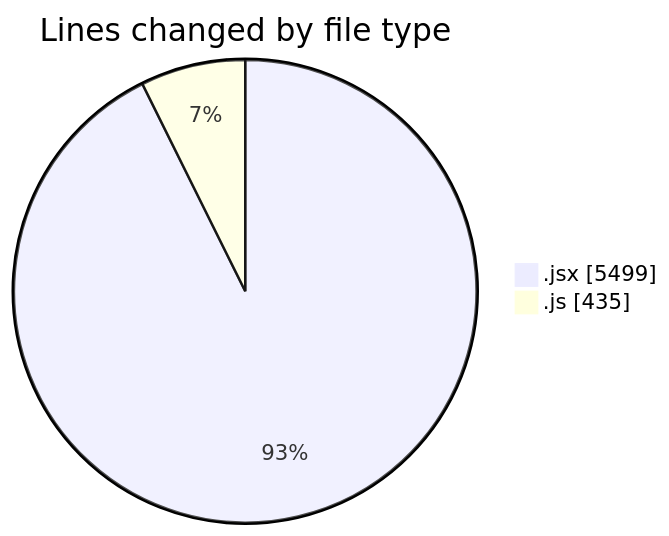
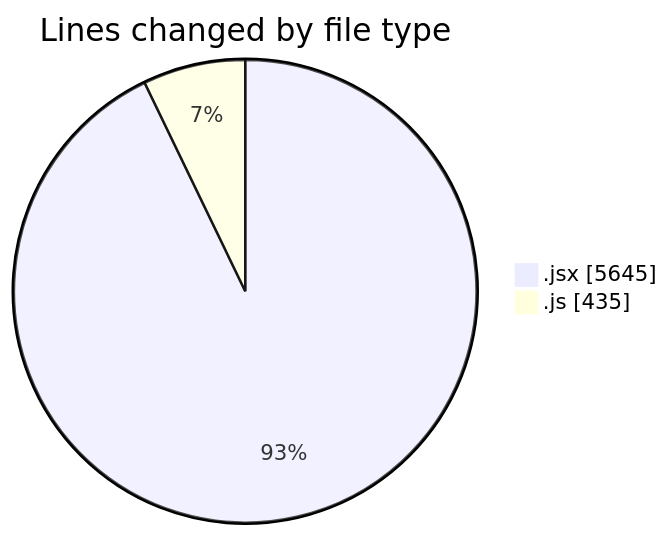
One commit to nxtqubesakshisongat/code-tracking changed the first of 2 diagrams in 2025-12-11/nxtqube_webapp/README.md. Above: the diagram before and after it, drawn with Mermaid. The commit also changed other lines of this file and 1 other file, not shown here.

````diff
--- a/2025-12-11/nxtqube_webapp/README.md
+++ b/2025-12-11/nxtqube_webapp/README.md
@@ -30,6 +31,6 @@
 ```mermaid
 pie showData
 title Lines changed by file type
-".jsx" : 5499
+".jsx" : 5645
 ".js" : 435
 ```
````
